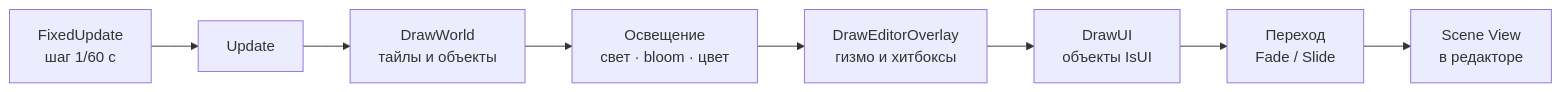
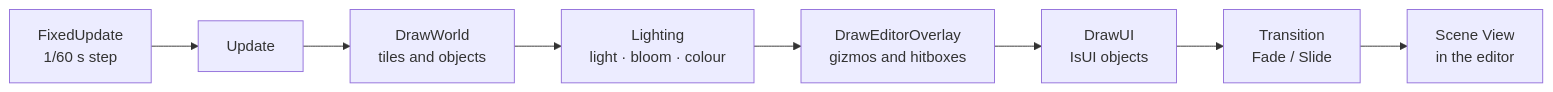
The second of 2 diagrams in README.md (InfinitiveP/ef2dg), drawn with Mermaid before and after one commit. The commit also changed other lines of this file and 73 other files, not shown here.

````diff
--- a/README.md
+++ b/README.md
@@ -87,10 +89,10 @@
 ```mermaid
 flowchart LR
-    A["FixedUpdate<br/>шаг 1/60 с"] --> B["Update"]
-    B --> C["DrawWorld<br/>тайлы и объекты"]
-    C --> D["Освещение<br/>свет · bloom · цвет"]
-    D --> E["DrawEditorOverlay<br/>гизмо и хитбоксы"]
-    E --> F["DrawUI<br/>объекты IsUI"]
-    F --> G["Переход<br/>Fade / Slide"]
-    G --> H["Scene View<br/>в редакторе"]
+    A["FixedUpdate<br/>1/60 s step"] --> B["Update"]
+    B --> C["DrawWorld<br/>tiles and objects"]
+    C --> D["Lighting<br/>light · bloom · colour"]
+    D --> E["DrawEditorOverlay<br/>gizmos and hitboxes"]
+    E --> F["DrawUI<br/>IsUI objects"]
+    F --> G["Transition<br/>Fade / Slide"]
+    G --> H["Scene View<br/>in the editor"]
 ```
````
